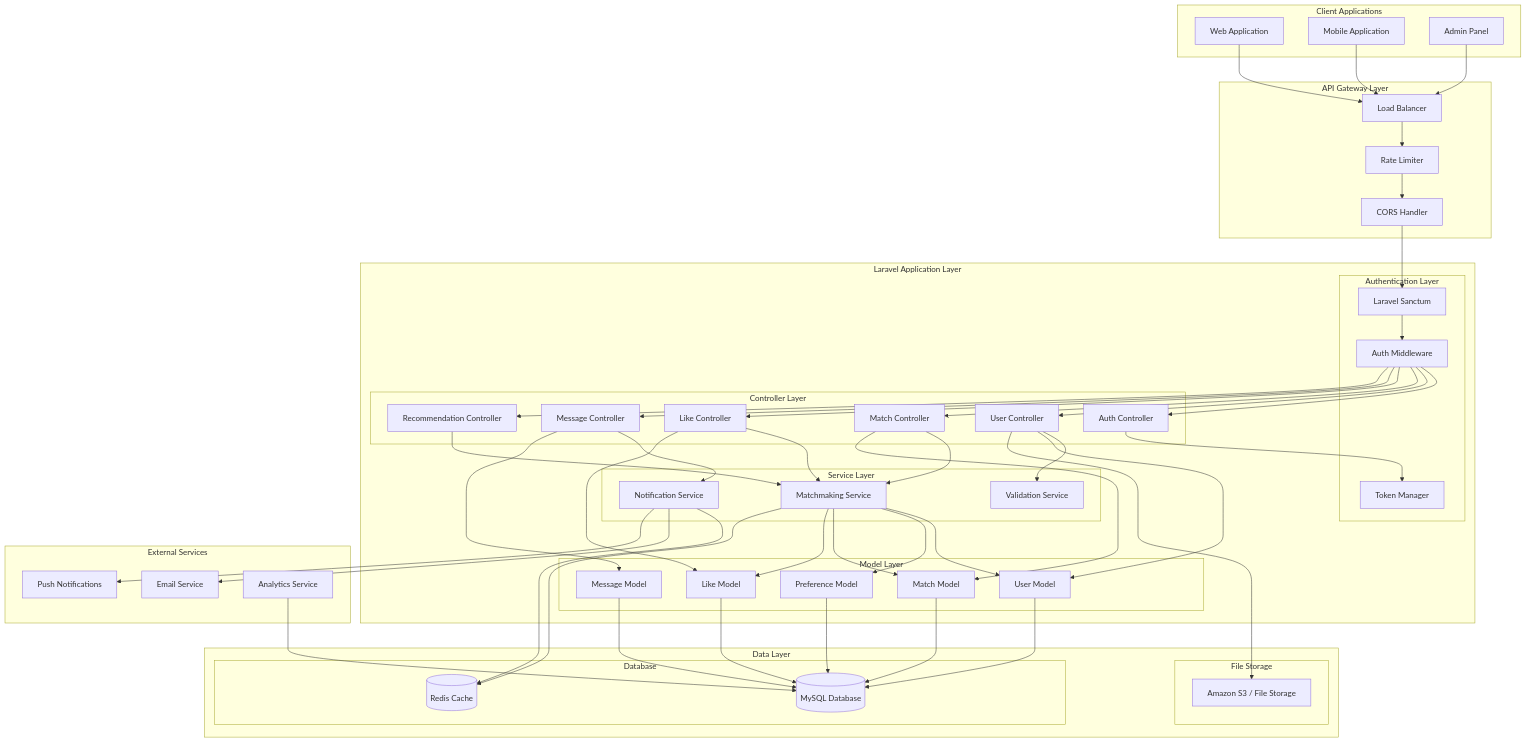
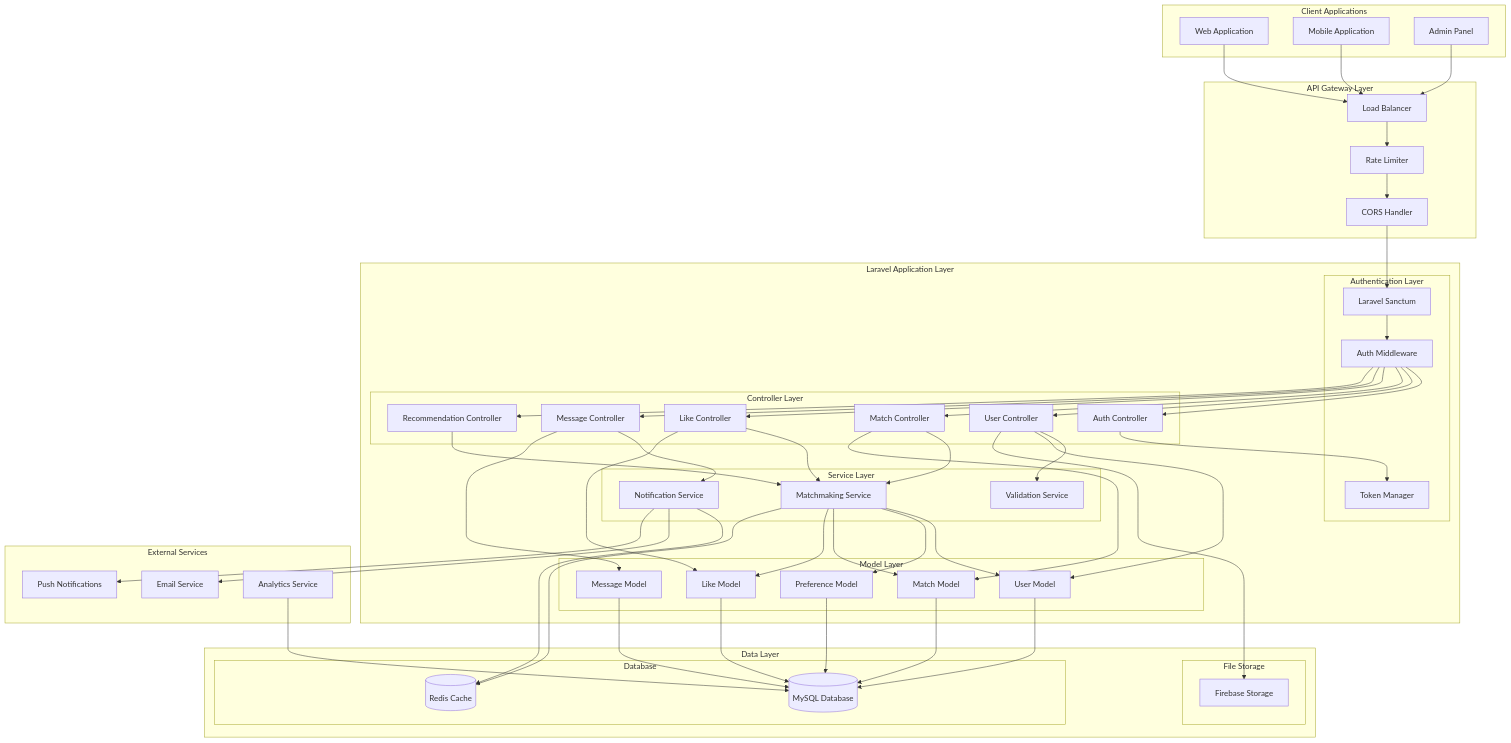
Before and after one commit to rupesh-2/matrimonial-api: the first of 8 diagrams in SCHEMA_DIAGRAM.md, drawn with Mermaid. The commit also changed other lines of this file and 3 other files, not shown here.

```diff
--- a/SCHEMA_DIAGRAM.md
+++ b/SCHEMA_DIAGRAM.md
@@ -62,7 +62,7 @@
         end
 
         subgraph "File Storage"
-            S3[Amazon S3 / File Storage]
+            Firebase[Firebase Storage]
         end
     end
 
@@ -116,7 +116,7 @@
     MatchmakingService --> Redis
     NotificationService --> Redis
 
-    UserController --> S3
+    UserController --> Firebase
     NotificationService --> EmailService
     NotificationService --> PushNotification
     Analytics --> MySQL
```
